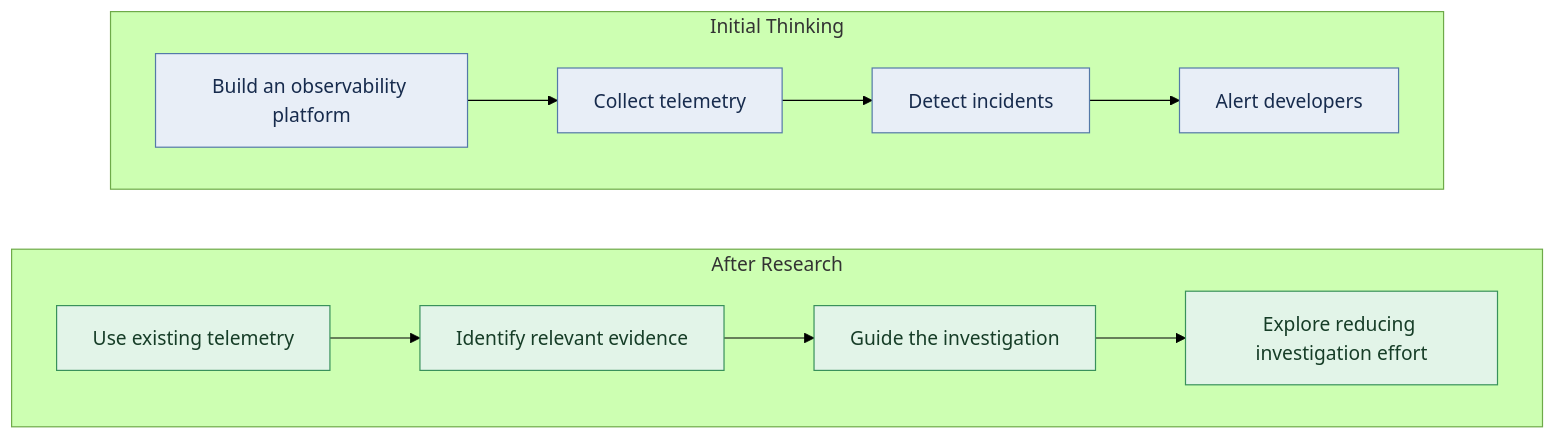
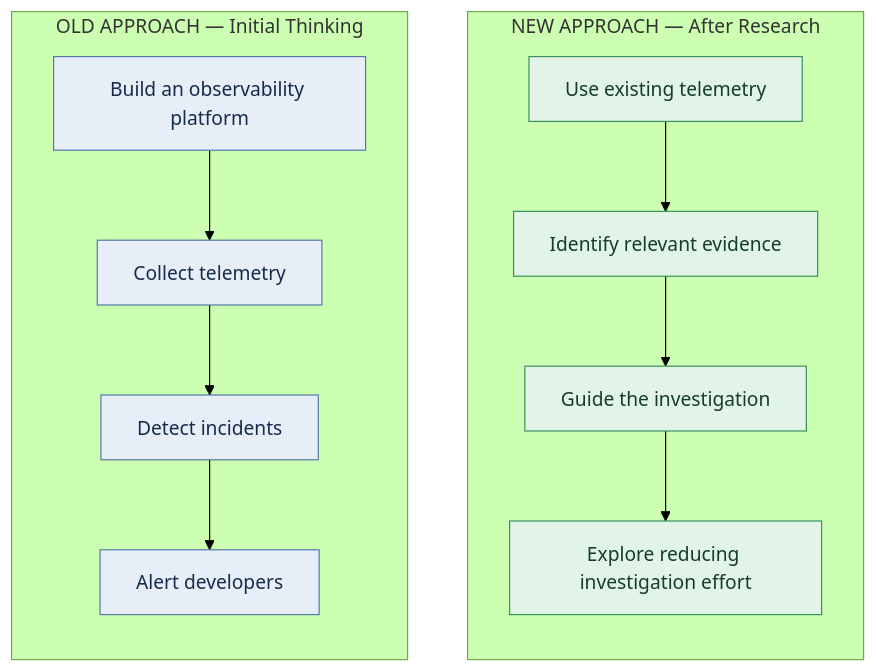
Before and after one commit to TechieWebAI/incident-investigation-research: the diagram in README.md, drawn with Mermaid (forest theme). The commit also changed other lines of this file, not shown here.

````diff
--- a/README.md
+++ b/README.md
@@ -585,26 +585,28 @@
 ```mermaid
-flowchart TB
-    subgraph OLD["Initial Thinking"]
+flowchart LR
+    subgraph OLD["OLD APPROACH — Initial Thinking"]
+        direction TB
         A["Build an observability platform"]
         B["Collect telemetry"]
         C["Detect incidents"]
         D["Alert developers"]
         A --> B --> C --> D
     end
 
-    subgraph NEW["After Research"]
+    subgraph NEW["NEW APPROACH — After Research"]
+        direction TB
         E["Use existing telemetry"]
         F["Identify relevant evidence"]
         G["Guide the investigation"]
         H["Explore reducing investigation effort"]
         E --> F --> G --> H
     end
 
     OLD ~~~ NEW
 
     classDef initial fill:#e8eef7,stroke:#5479a8,color:#172b4d
     classDef research fill:#e2f4e8,stroke:#39915b,color:#163d27
 
     class A,B,C,D initial
     class E,F,G,H research
 ```
````
